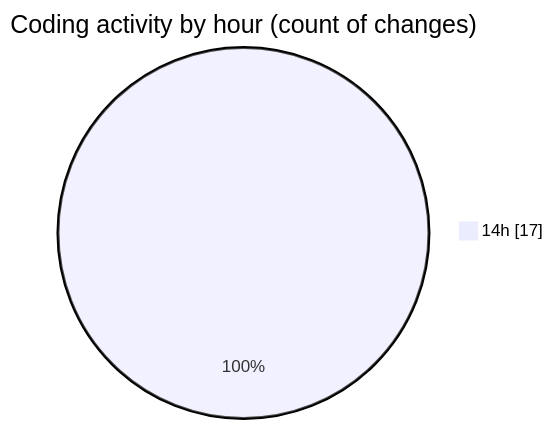
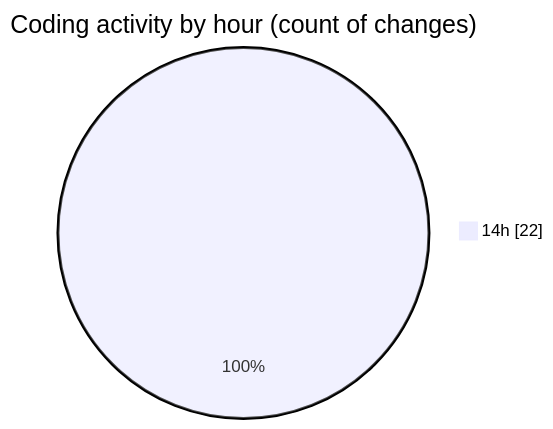
One commit to CELIANVF/code-tracking changed the second of 2 diagrams in 2025-06-05/ecodeli-1/README.md. Above: the diagram before and after it, drawn with Mermaid. The commit also changed other lines of this file and 1 other file, not shown here.

````diff
--- a/2025-06-05/ecodeli-1/README.md
+++ b/2025-06-05/ecodeli-1/README.md
@@ -37,5 +40,5 @@
 ```mermaid
 pie showData
 title Coding activity by hour (count of changes)
-"14h" : 17
+"14h" : 22
 ```
````
